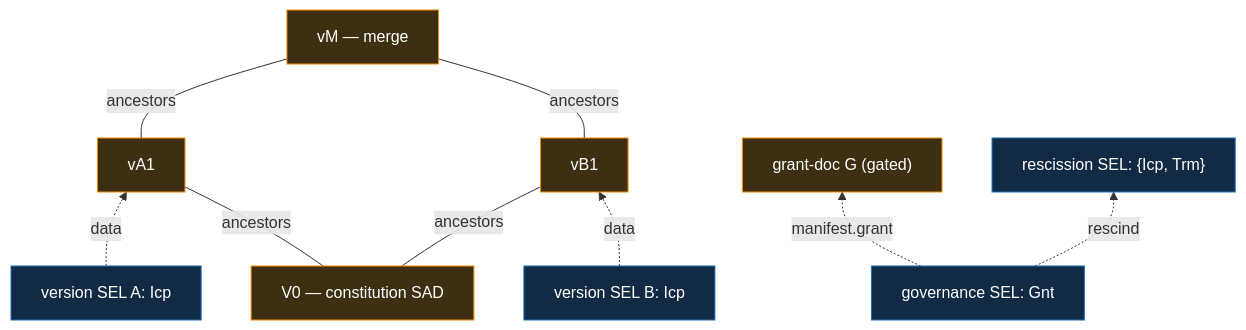
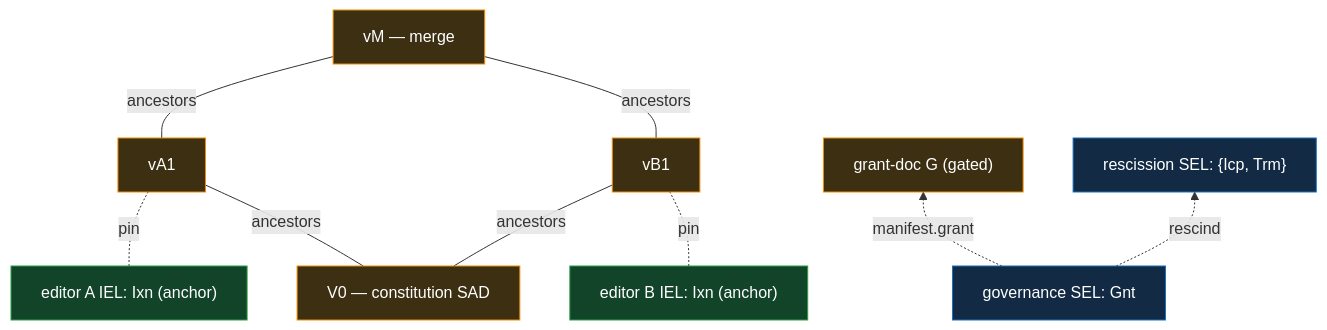
Before and after one commit to jasoncolburne/vdti: the diagram in docs/design/features/shared-documents/documents.md, drawn with Mermaid. The commit also changed other lines of this file and 50 other files, not shown here.

````diff
--- a/docs/design/features/shared-documents/documents.md
+++ b/docs/design/features/shared-documents/documents.md
@@ -25,22 +26,23 @@
 ```mermaid
 flowchart BT
   vM["vM — merge"]:::doc
   V0["V0 — constitution SAD"]:::doc
   vA1["vA1"]:::doc
   vB1["vB1"]:::doc
-  vA["version SEL A: Icp"]:::sel
-  vB["version SEL B: Icp"]:::sel
+  eA["editor A IEL: Ixn (anchor)"]:::iel
+  eB["editor B IEL: Ixn (anchor)"]:::iel
   gGnt["governance SEL: Gnt"]:::sel
   G["grant-doc G (gated)"]:::doc
   Resc["rescission SEL: {Icp, Trm}"]:::sel
-  vA -.->|data| vA1
-  vB -.->|data| vB1
+  eA -.-|pin| vA1
+  eB -.-|pin| vB1
   vA1 ---|ancestors| vM
   V0 ---|ancestors| vA1
   vB1 ---|ancestors| vM
   V0 ---|ancestors| vB1
   gGnt -.->|manifest.grant| G
   gGnt -. rescind .-> Resc
   classDef sel fill:#122a44,stroke:#1971c2,color:#fff
   classDef doc fill:#3d2f12,stroke:#f08c00,color:#fff
+  classDef iel fill:#12442a,stroke:#2f9e44,color:#fff
 ```
````
